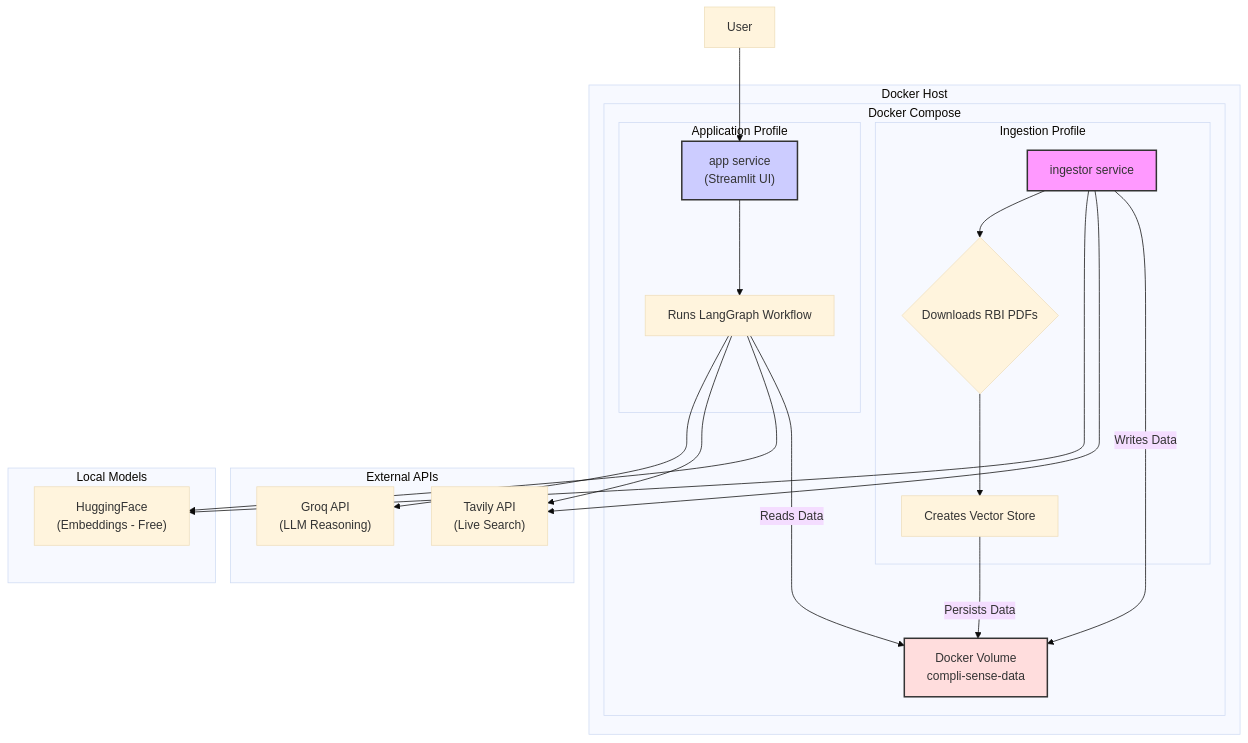
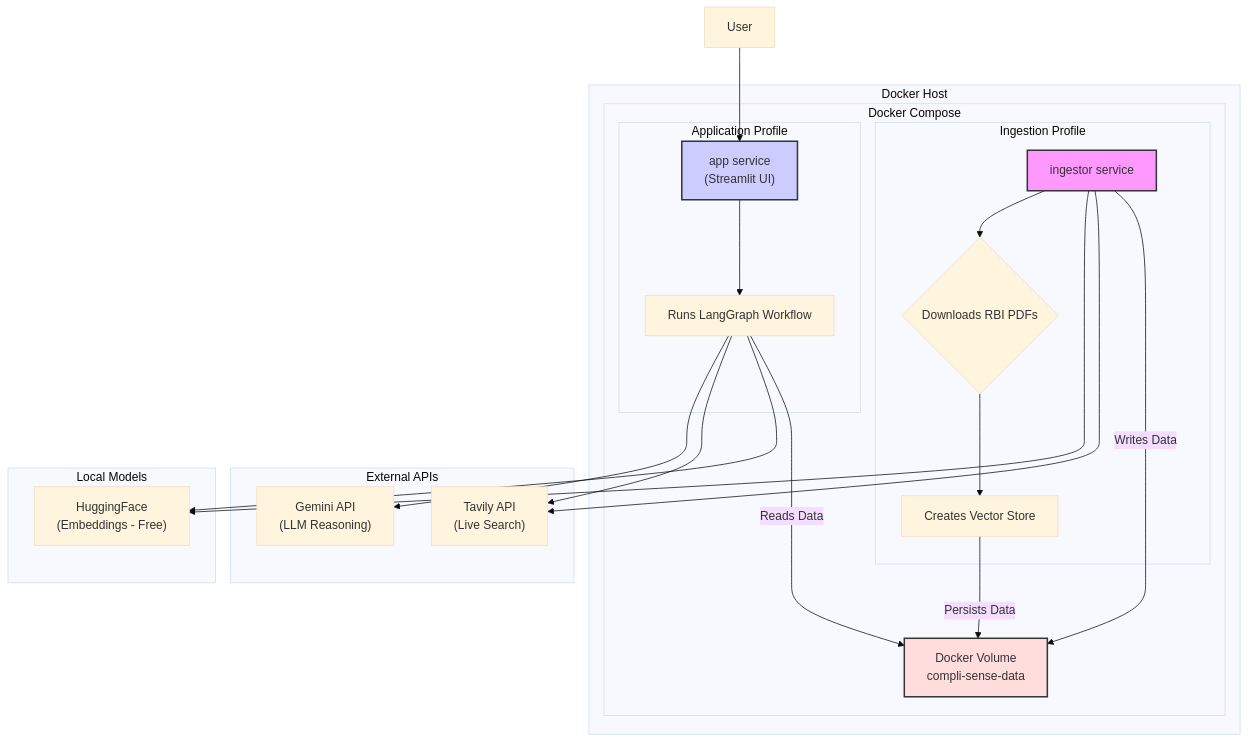
One commit to SaiBhujbal/CompliSense changed the first of 2 diagrams in README.md. Above: the diagram before and after it, drawn with Mermaid (base theme). The commit also changed other lines of this file, not shown here.

First line of the commit message:
Replace Groq API with Gemini API in documentation

````diff
--- a/README.md
+++ b/README.md
@@ -15,39 +15,39 @@
 ```mermaid
 graph TD
     subgraph "Docker Host"
         subgraph "Docker Compose"
             subgraph "Ingestion Profile"
                 A[ingestor service] --> B{Downloads RBI PDFs};
                 B --> C[Creates Vector Store];
             end
             subgraph "Application Profile"
                 D["app service<br>(Streamlit UI)"] --> E[Runs LangGraph Workflow];
             end
             F[Docker Volume<br>compli-sense-data]
         end
     end
 
     subgraph "External APIs"
         H["Tavily API<br>(Live Search)"]
-        I["Groq API<br>(LLM Reasoning)"]
+        I["Gemini API<br>(LLM Reasoning)"]
     end
     
     subgraph "Local Models"
         G["HuggingFace<br>(Embeddings - Free)"]
     end
 
     User --> D;
     A --> G;
     A --> H;
     E --> I;
     E --> H;
     E --> G;
     
     C -- Persists Data --> F;
     E -- Reads Data --> F;
     A -- Writes Data --> F;
 
     style A fill:#f9f,stroke:#333,stroke-width:2px
     style D fill:#ccf,stroke:#333,stroke-width:2px
     style F fill:#fdd,stroke:#333,stroke-width:2px
 ```
````
